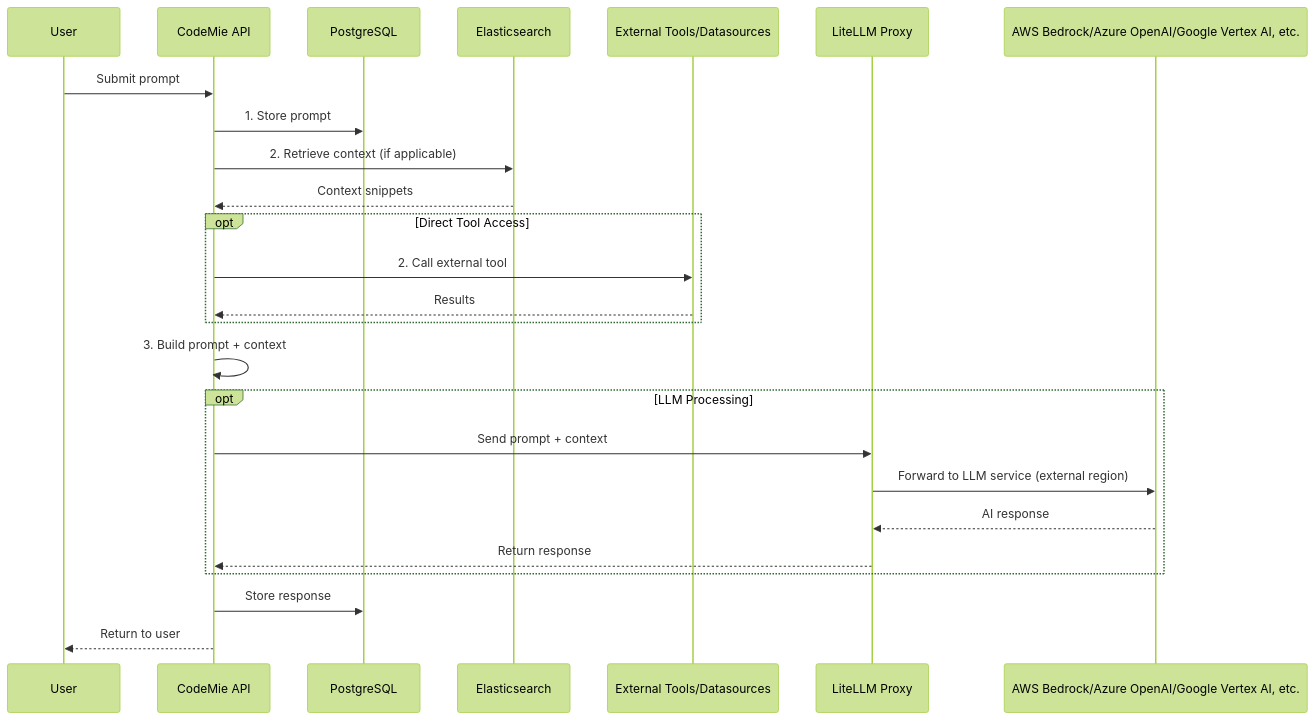
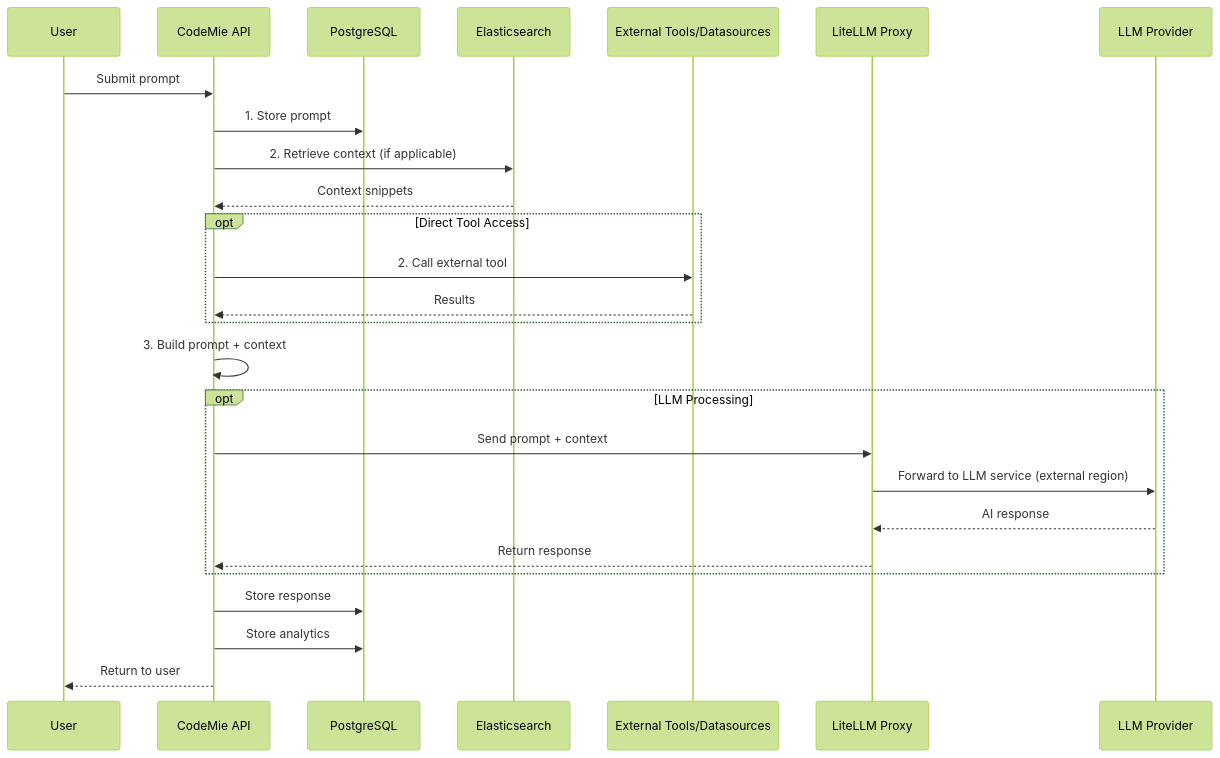
One commit to codemie-ai/docs changed the second of 4 diagrams in docs/admin/security/data-processing-storage.md. Above: the diagram before and after it, drawn with Mermaid (forest theme). The commit also changed other lines of this file, not shown here.

Commit message:
docs: update the second part of the doc except the last diagram and table

````diff
--- a/docs/admin/security/data-processing-storage.md
+++ b/docs/admin/security/data-processing-storage.md
@@ -118,28 +122,29 @@
 ```mermaid
 sequenceDiagram
   participant User
   participant API as CodeMie API
   participant DB as PostgreSQL
   participant ES as Elasticsearch
   participant Tools as External Tools/Datasources
   participant LiteLLM as LiteLLM Proxy
-  participant LLM as AWS Bedrock/Azure OpenAI/Google Vertex AI, etc.
+  participant LLM as LLM Provider
 
   User->>API: Submit prompt
   API->>DB: 1. Store prompt
   API->>ES: 2. Retrieve context (if applicable)
   ES-->>API: Context snippets
   opt Direct Tool Access
     API->>Tools: 2. Call external tool
     Tools-->>API: Results
   end
   API->>API: 3. Build prompt + context
   opt LLM Processing
     API->>LiteLLM: Send prompt + context
     LiteLLM->>LLM: Forward to LLM service (external region)
     LLM-->>LiteLLM: AI response
     LiteLLM-->>API: Return response
   end
   API->>DB: Store response
+  API->>DB: Store analytics
   API-->>User: Return to user
 ```
````
